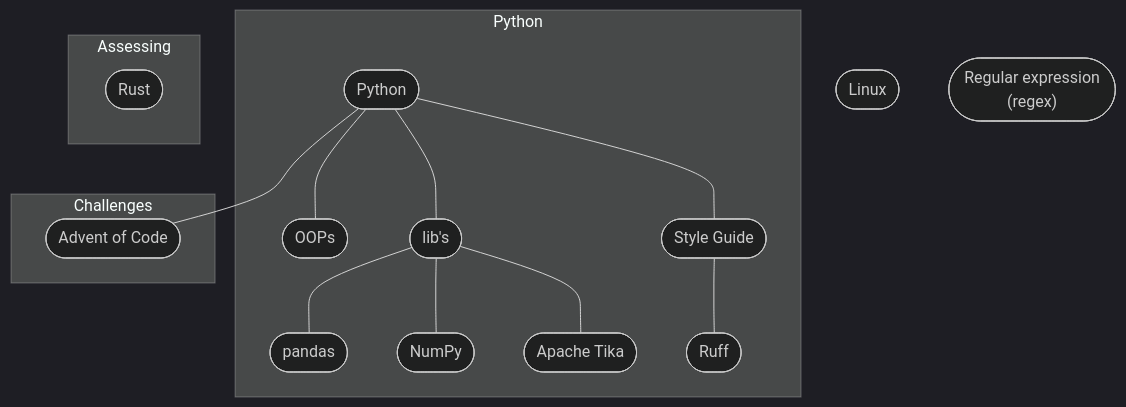
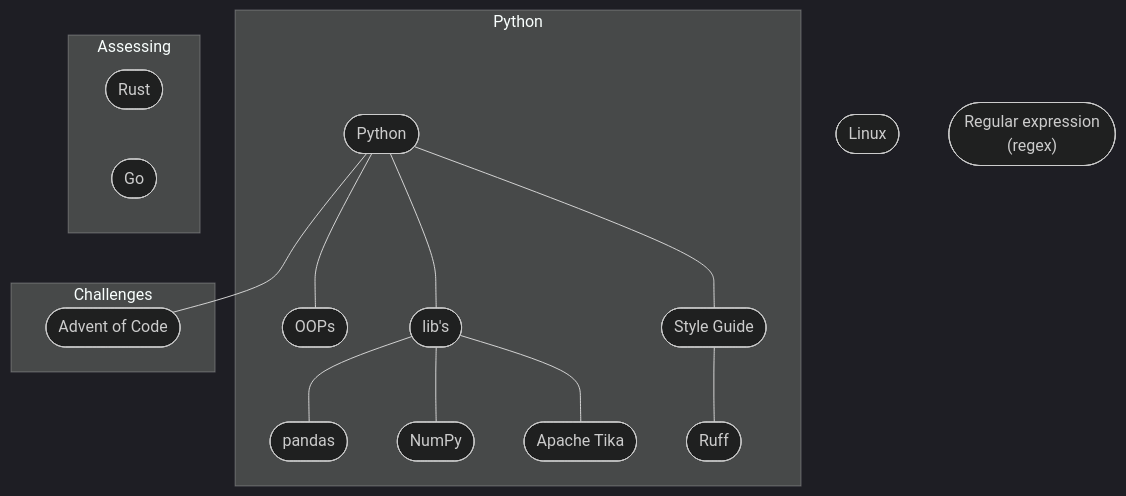
Before and after one commit to cchristion/sprout: the diagram in README.md, drawn with Mermaid.

Commit message:
Added Golang

````diff
--- a/README.md
+++ b/README.md
@@ -3,38 +3,39 @@
 ```mermaid
 %%{init: {'theme':'dark'}}%%
 graph TD
 
     subgraph Python
     p1([Python])
 
     p1.1([OOPs])
     p1.2([lib's])
     p1.3([Style Guide])
     p1 --- p1.1
     p1 --- p1.2
     p1 --- p1.3
 
     p1.2.1([pandas])
     p1.2.2([NumPy])
     p1.2.3([Apache Tika])
     p1.2 --- p1.2.1
     p1.2 --- p1.2.2
     p1.2 --- p1.2.3
 
     p1.3.1([Ruff])
     p1.3 --- p1.3.1
     end
 
     subgraph Assessing 
     r1([Rust])
+    g1([Go])
     end
 
     subgraph Challenges
     aoc([Advent of Code])
     p1 --- aoc
     end
 
     l1([Linux])
     o1(["Regular expression
     (regex)"])
 ```
````
